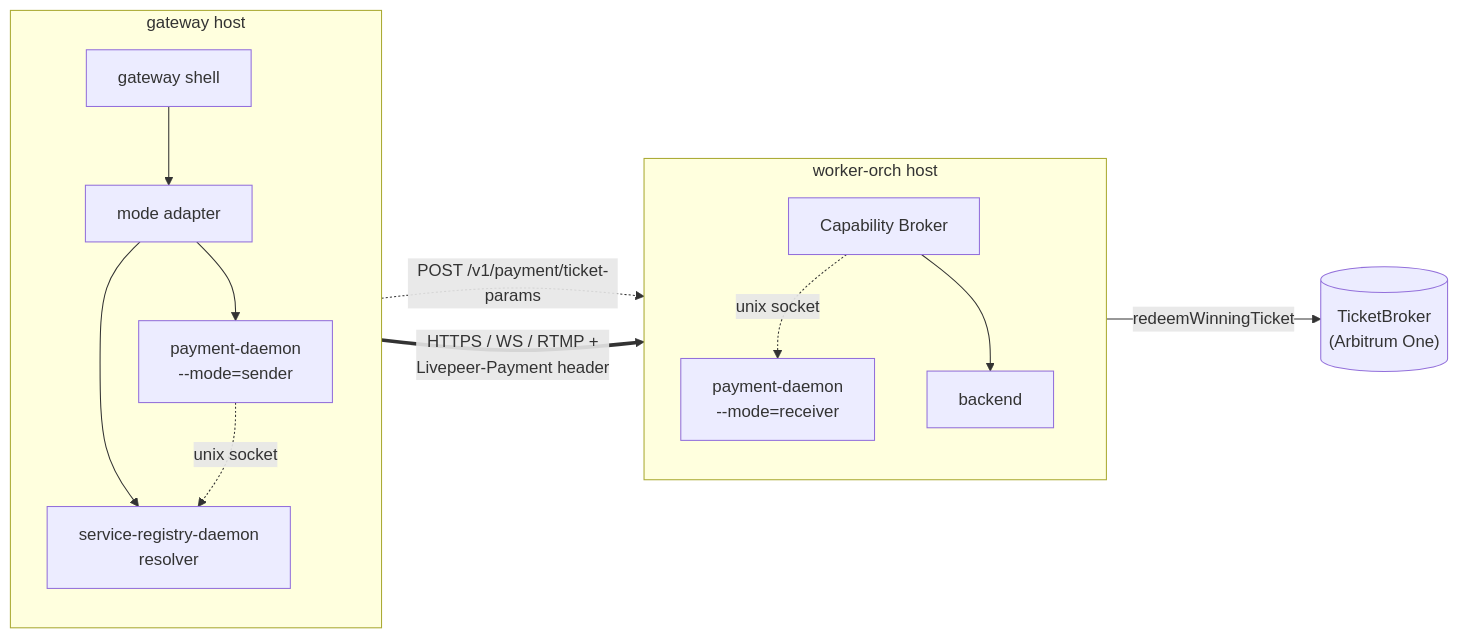
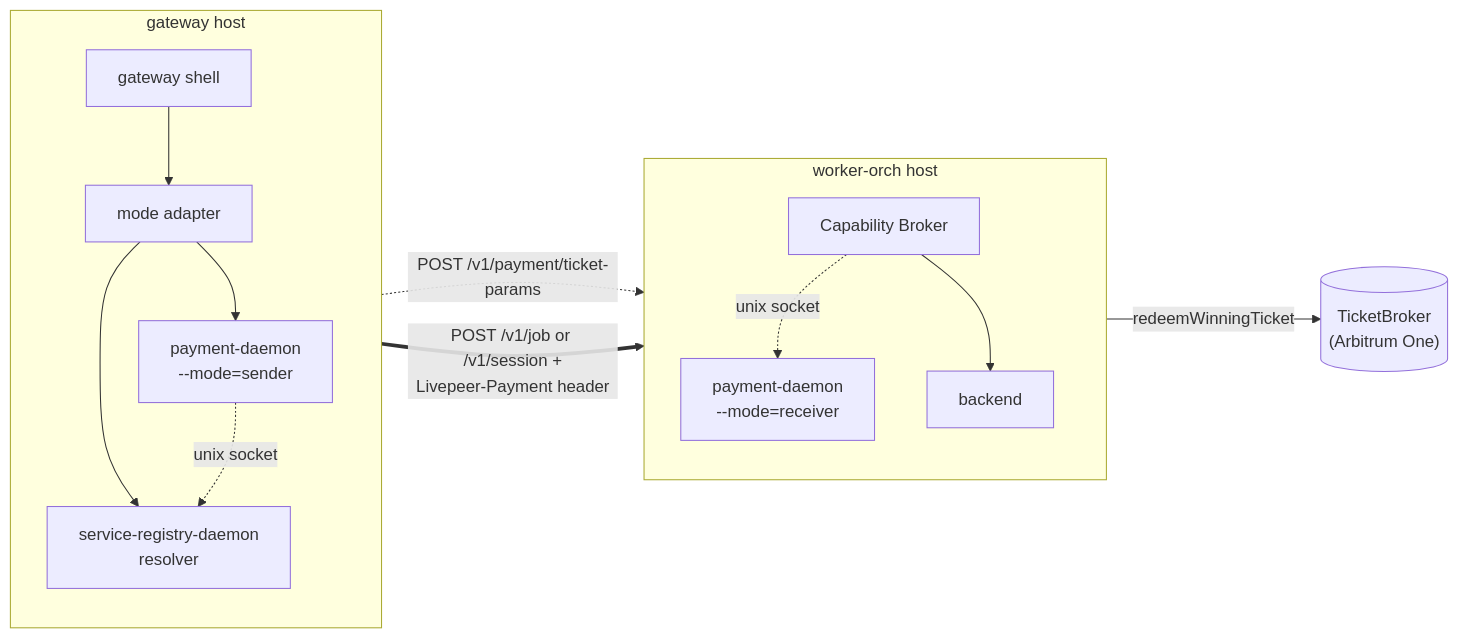
One commit to Cloud-SPE/livepeer-network-modules changed the first of 3 diagrams in docs/design-docs/payment-daemon-interactions.md. Above: the diagram before and after it, drawn with Mermaid. The commit also changed other lines of this file and 101 other files, not shown here.

````diff
--- a/docs/design-docs/payment-daemon-interactions.md
+++ b/docs/design-docs/payment-daemon-interactions.md
@@ -87,29 +91,29 @@
 ```mermaid
 flowchart LR
     subgraph gateway_host["gateway host"]
         direction TB
         Shell["gateway shell"]
         Adapter["mode adapter"]
         SRDg["service-registry-daemon<br/>resolver"]
         Sender["payment-daemon<br/>--mode=sender"]
     end
 
     subgraph worker_host["worker-orch host"]
         direction TB
         Broker["Capability Broker"]
         Receiver["payment-daemon<br/>--mode=receiver"]
         Backend["backend"]
     end
 
     Chain[("TicketBroker<br/>(Arbitrum One)")]
 
     Shell --> Adapter
     Adapter --> SRDg
     Adapter --> Sender
     Sender -.->|"unix socket"| SRDg
     Sender -.->|"POST /v1/payment/ticket-params"| Broker
-    Adapter ==>|"HTTPS / WS / RTMP +<br/>Livepeer-Payment header"| Broker
+    Adapter ==>|"POST /v1/job or /v1/session +<br/>Livepeer-Payment header"| Broker
     Broker -.->|"unix socket"| Receiver
     Receiver -->|"redeemWinningTicket"| Chain
     Broker --> Backend
 ```
````
